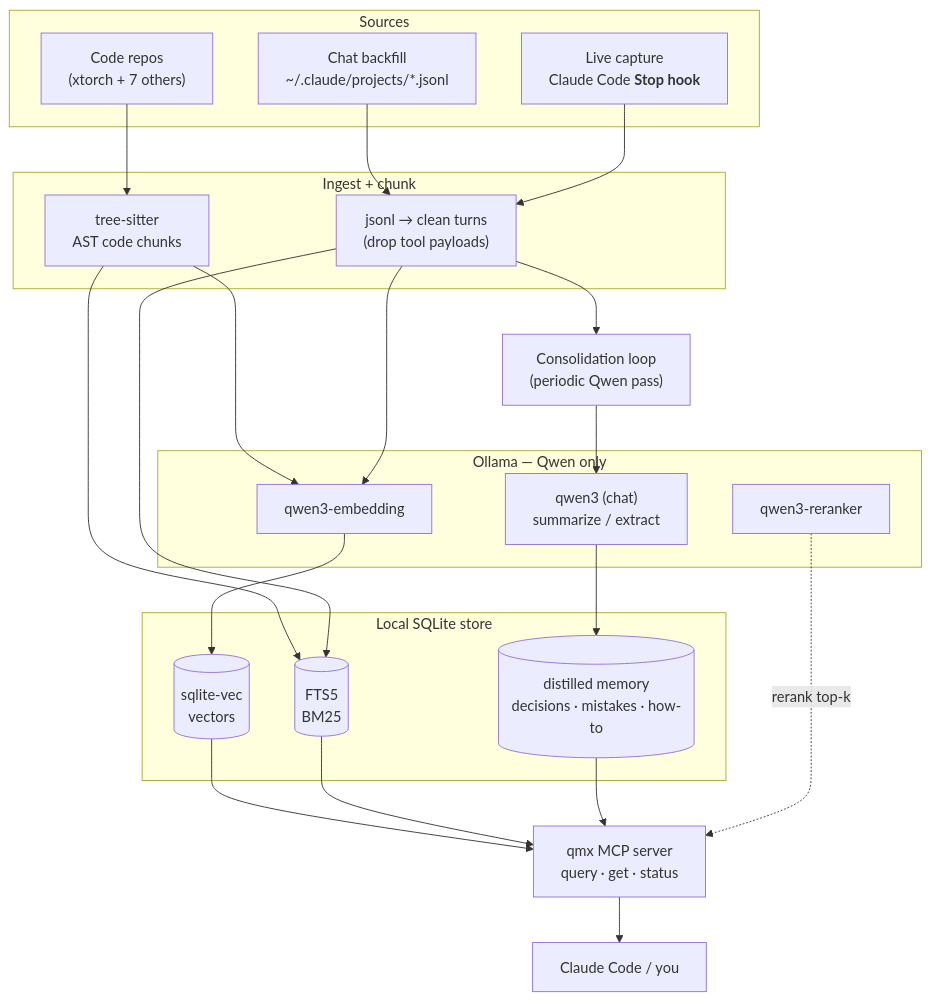
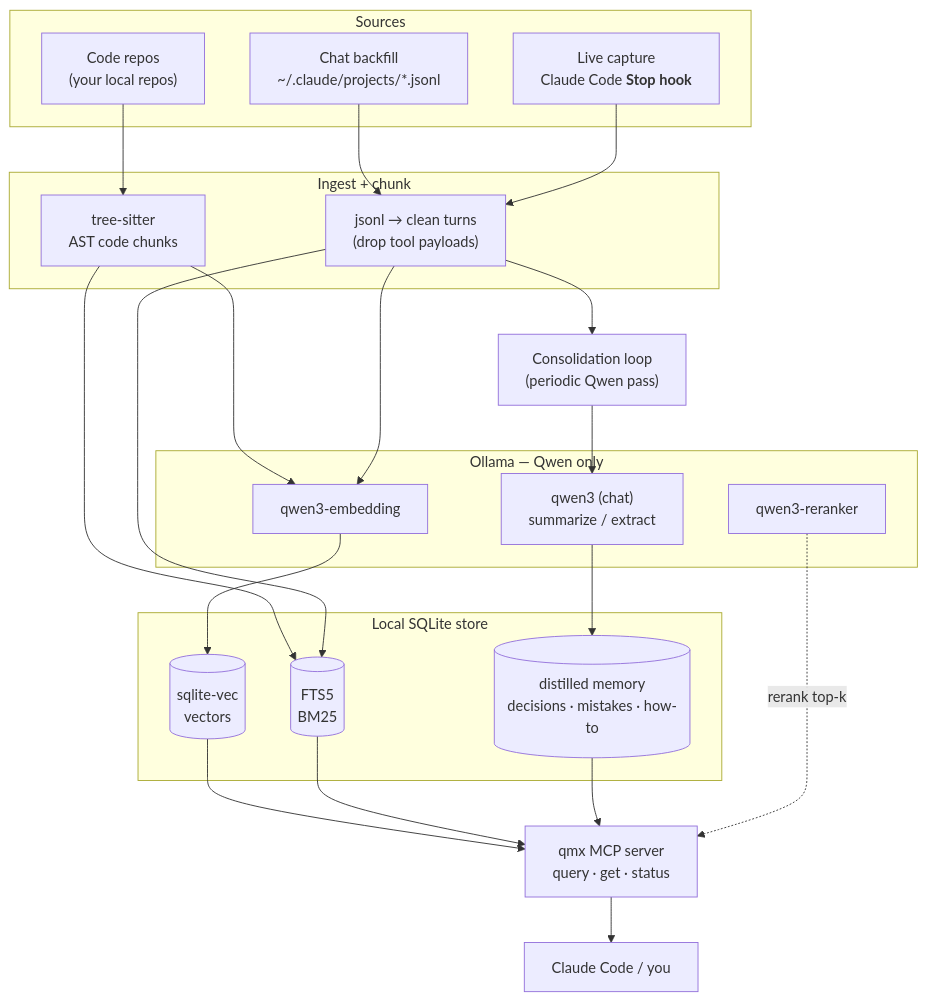
The first of 2 diagrams in plan/qmx-architecture.md (the-dsvolk/qmx), drawn with Mermaid before and after one commit. The commit also changed other lines of this file and 1 other file, not shown here.

Commit message:
docs(plan): use neutral examples (drop internal codename before public push)

````diff
--- a/plan/qmx-architecture.md
+++ b/plan/qmx-architecture.md
@@ -13,48 +13,48 @@
 ```mermaid
 flowchart TB
   subgraph SRC["Sources"]
-    C["Code repos<br/>(xtorch + 7 others)"]
+    C["Code repos<br/>(your local repos)"]
     B["Chat backfill<br/>~/.claude/projects/*.jsonl"]
     H["Live capture<br/>Claude Code <b>Stop hook</b>"]
   end
 
   subgraph ING["Ingest + chunk"]
     CC["tree-sitter<br/>AST code chunks"]
     CH["jsonl → clean turns<br/>(drop tool payloads)"]
   end
 
   subgraph OLL["Ollama — Qwen only"]
     E["qwen3-embedding"]
     R["qwen3-reranker"]
     SUM["qwen3 (chat)<br/>summarize / extract"]
   end
 
   subgraph STORE["Local SQLite store"]
     V[("sqlite-vec<br/>vectors")]
     F[("FTS5<br/>BM25")]
     L[("distilled memory<br/>decisions · mistakes · how-to")]
   end
 
   CON["Consolidation loop<br/>(periodic Qwen pass)"]
   MCP["qmx MCP server<br/>query · get · status"]
   USER["Claude Code / you"]
 
   C --> CC
   B --> CH
   H --> CH
   CC --> E
   CH --> E
   CC --> F
   CH --> F
   E --> V
 
   CH --> CON
   CON --> SUM
   SUM --> L
 
   V --> MCP
   F --> MCP
   L --> MCP
   R -. "rerank top-k" .-> MCP
   MCP --> USER
 ```
````
